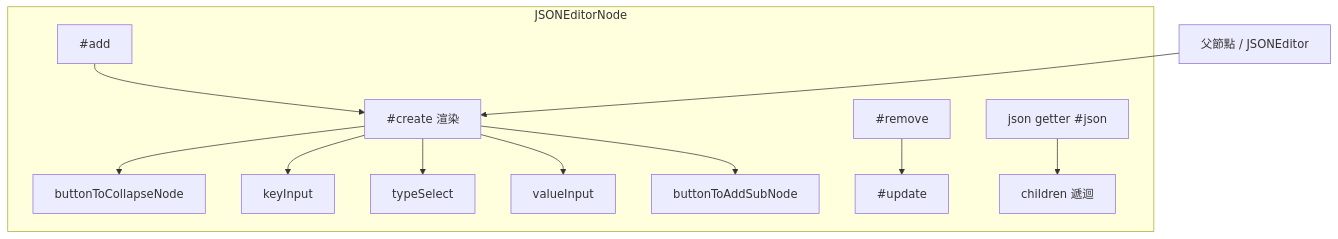
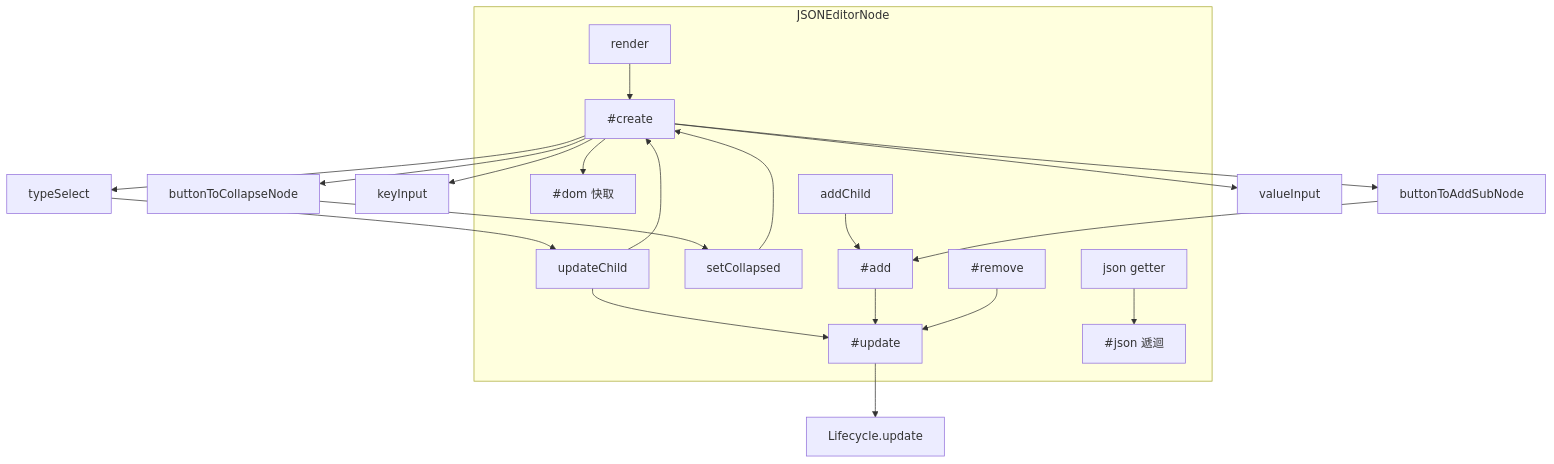
The third of 9 diagrams in doc/architecture.zh.md (pardnchiu/NanoJSON), drawn with Mermaid before and after one commit. The commit also changed other lines of this file and 8 other files, not shown here.

Commit message:
doc: Regenerate bilingual README, docs, and architecture per latest skill spec

````diff
--- a/doc/architecture.zh.md
+++ b/doc/architecture.zh.md
@@ -40,14 +54,23 @@
 ```mermaid
 graph TB
     subgraph JSONEditorNode
-        Create[#create 渲染] --> Collapse[buttonToCollapseNode]
-        Create --> Key[keyInput]
-        Create --> TypeSel[typeSelect]
-        Create --> Value[valueInput]
-        Create --> AddSub[buttonToAddSubNode]
-        Add[#add] --> Create
-        Remove[#remove] --> Update[#update]
-        JsonGetter[json getter #json] --> Children[children 遞迴]
+        R[render] --> C[#create]
+        C --> DOM[#dom 快取]
+        UC[updateChild] --> C
+        UC --> U[#update]
+        SC[setCollapsed] --> C
+        AC[addChild] --> ADD[#add]
+        ADD --> U
+        REM[#remove] --> U
+        J[json getter] --> JS[#json 遞迴]
     end
-    Parent[父節點 / JSONEditor] --> Create
+    C --> Col[buttonToCollapseNode]
+    C --> Key[keyInput]
+    C --> Type[typeSelect]
+    C --> Val[valueInput]
+    C --> Sub[buttonToAddSubNode]
+    U --> Life[Lifecycle.update]
+    Col --> SC
+    Sub --> ADD
+    Type --> UC
 ```
````
